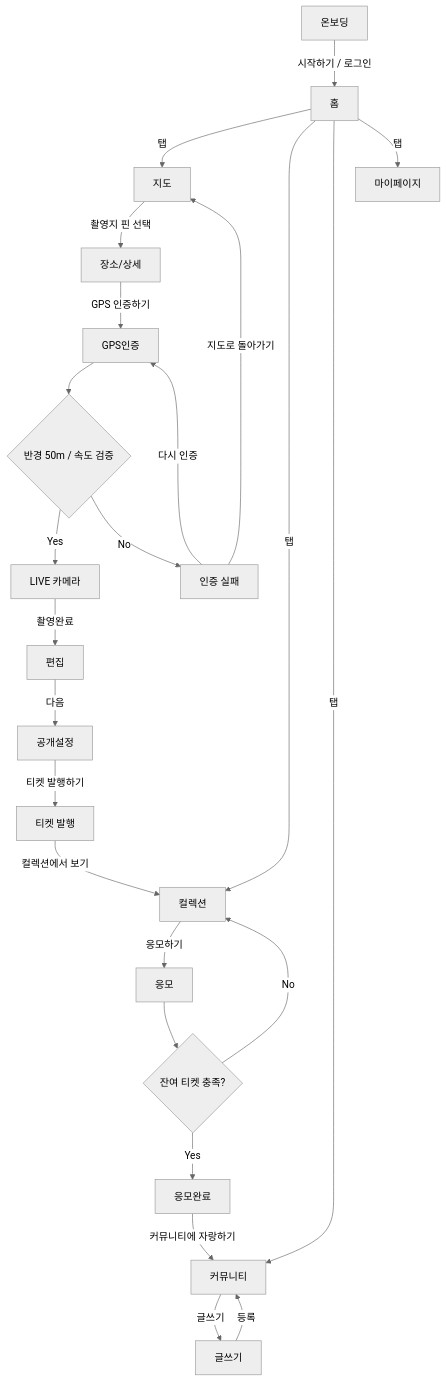
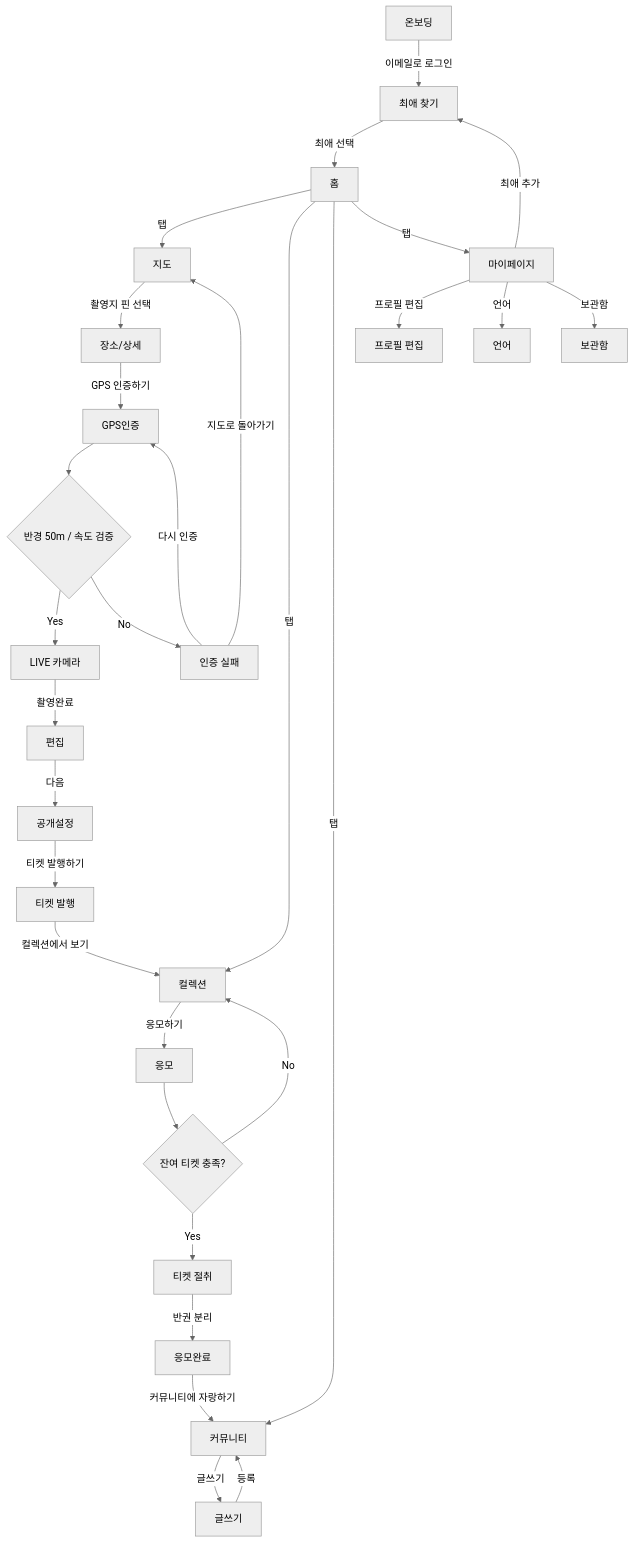
The diagram in docs/reference/screens.md (spencer0124/pindom), drawn with Mermaid (neutral theme) before and after one commit. The commit also changed other lines of this file and 33 other files, not shown here.

````diff
--- a/docs/reference/screens.md
+++ b/docs/reference/screens.md
@@ -108,30 +129,37 @@
 ```mermaid
 flowchart TD
-  ONB[온보딩] -->|시작하기 / 로그인| HOME[홈]
+  ONB[온보딩] -->|이메일로 로그인| ART[최애 찾기]
+  ART -->|최애 선택| HOME[홈]
   HOME -->|탭| MAP[지도]
   HOME -->|탭| COLL[컬렉션]
   HOME -->|탭| COMM[커뮤니티]
   HOME -->|탭| MY[마이페이지]
 
   MAP -->|촬영지 핀 선택| PLACE[장소/상세]
   PLACE -->|GPS 인증하기| GPS[GPS인증]
   GPS --> CHK{반경 50m / 속도 검증}
   CHK -->|Yes| CAM[LIVE 카메라]
   CHK -->|No| FAIL[인증 실패]
   FAIL -->|다시 인증| GPS
   FAIL -->|지도로 돌아가기| MAP
 
   CAM -->|촬영완료| EDIT[편집]
   EDIT -->|다음| VIS[공개설정]
   VIS -->|티켓 발행하기| ISSUED[티켓 발행]
   ISSUED -->|컬렉션에서 보기| COLL
 
   COLL -->|응모하기| RAFFLE[응모]
   RAFFLE --> BAL{잔여 티켓 충족?}
   BAL -->|No| COLL
-  BAL -->|Yes| DONE[응모완료]
+  BAL -->|Yes| TEAR[티켓 절취]
+  TEAR -->|반권 분리| DONE[응모완료]
   DONE -->|커뮤니티에 자랑하기| COMM
 
   COMM -->|글쓰기| WRITE[글쓰기]
   WRITE -->|등록| COMM
+
+  MY -->|프로필 편집| PROF[프로필 편집]
+  MY -->|언어| LANG[언어]
+  MY -->|보관함| VAULT[보관함]
+  MY -->|최애 추가| ART
 ```
````
